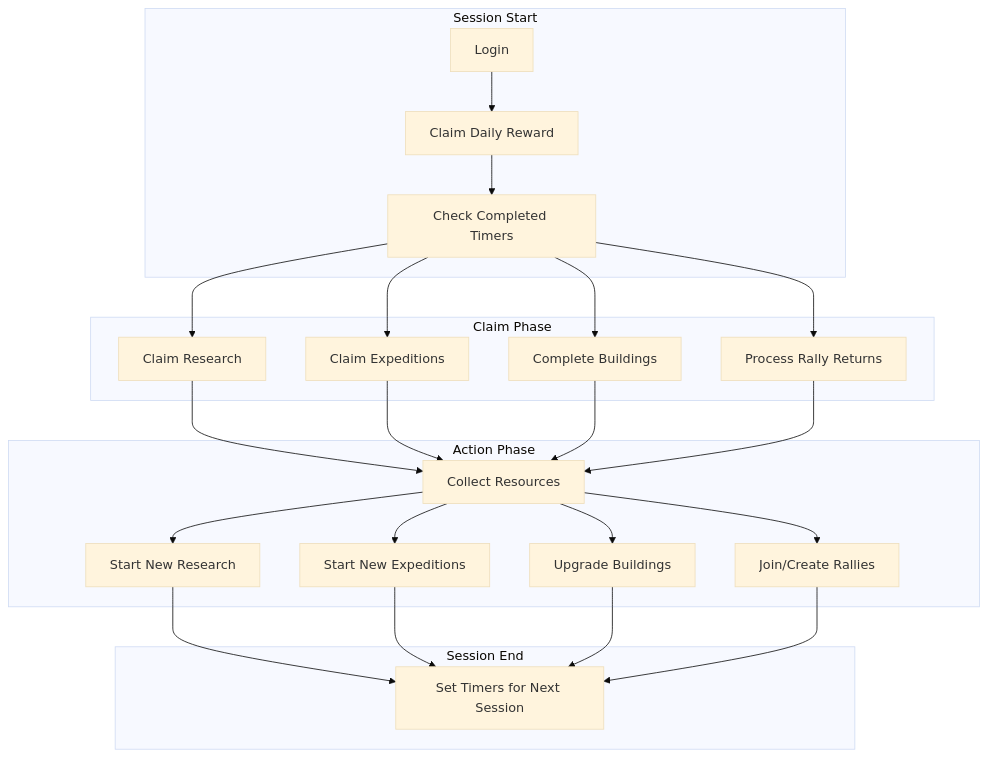
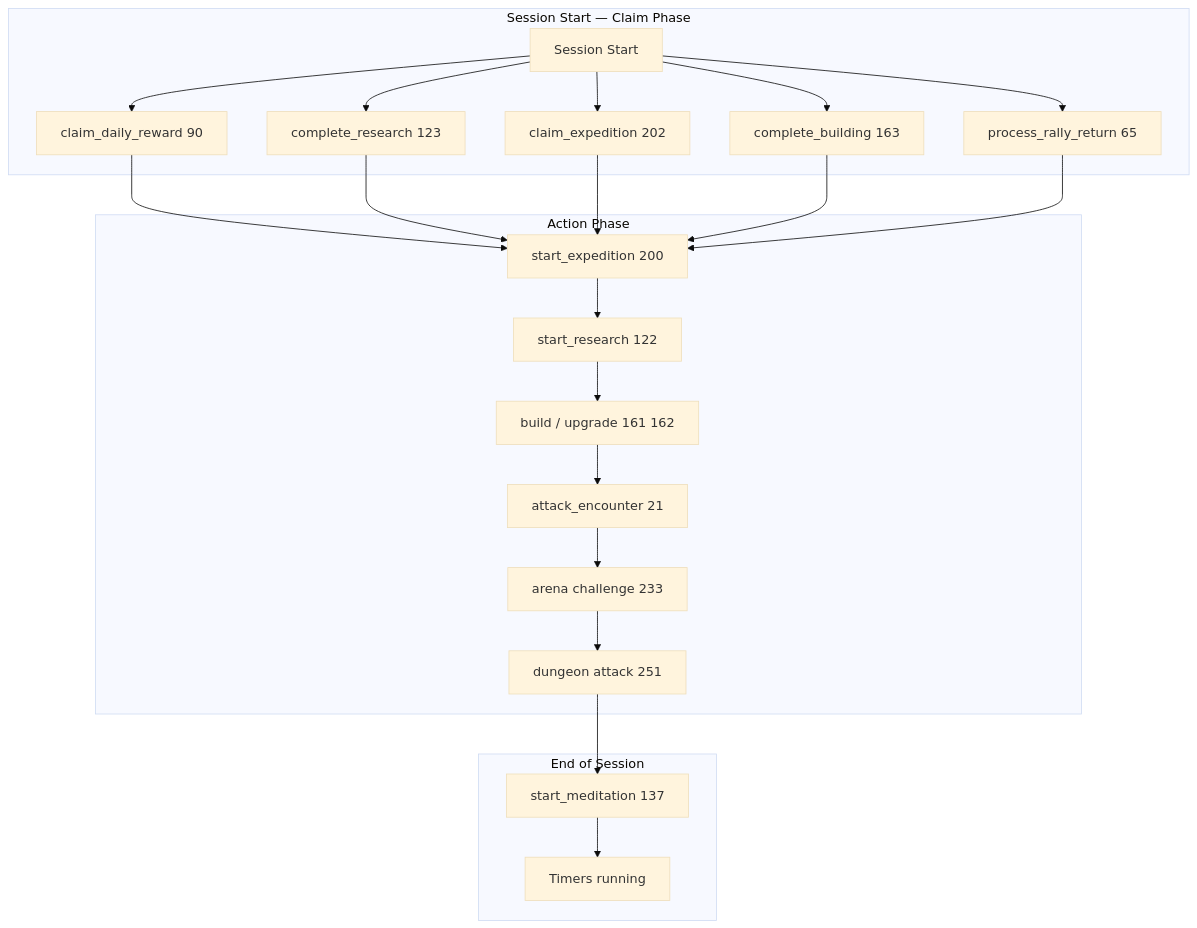
Before and after one commit to crypt0miester/novus-mundus: the first of 5 diagrams in docs/onchain/02-player-journey/daily-loop.md, drawn with Mermaid (base theme). The commit also changed other lines of this file and 259 other files, not shown here.

````diff
--- a/docs/onchain/02-player-journey/daily-loop.md
+++ b/docs/onchain/02-player-journey/daily-loop.md
@@ -9,26 +7,24 @@
 ```mermaid
 graph TB
-    subgraph "Session Start"
-        A[Login] --> B[Claim Daily Reward]
-        B --> C[Check Completed Timers]
-    end
-
-    subgraph "Claim Phase"
-        C --> D[Claim Research]
-        C --> E[Claim Expeditions]
-        C --> F[Complete Buildings]
-        C --> G[Process Rally Returns]
+    subgraph "Session Start — Claim Phase"
+        A[Session Start] --> B[claim_daily_reward 90]
+        A --> C[complete_research 123]
+        A --> D[claim_expedition 202]
+        A --> E[complete_building 163]
+        A --> F[process_rally_return 65]
     end
 
     subgraph "Action Phase"
-        D & E & F & G --> H[Collect Resources]
-        H --> I[Start New Research]
-        H --> J[Start New Expeditions]
-        H --> K[Upgrade Buildings]
-        H --> L[Join/Create Rallies]
+        B & C & D & E & F --> G[start_expedition 200]
+        G --> H[start_research 122]
+        H --> I["build / upgrade 161 162"]
+        I --> J[attack_encounter 21]
+        J --> K[arena challenge 233]
+        K --> L[dungeon attack 251]
     end
 
-    subgraph "Session End"
-        I & J & K & L --> M[Set Timers for Next Session]
+    subgraph "End of Session"
+        L --> M[start_meditation 137]
+        M --> N[Timers running]
     end
 ```
````
